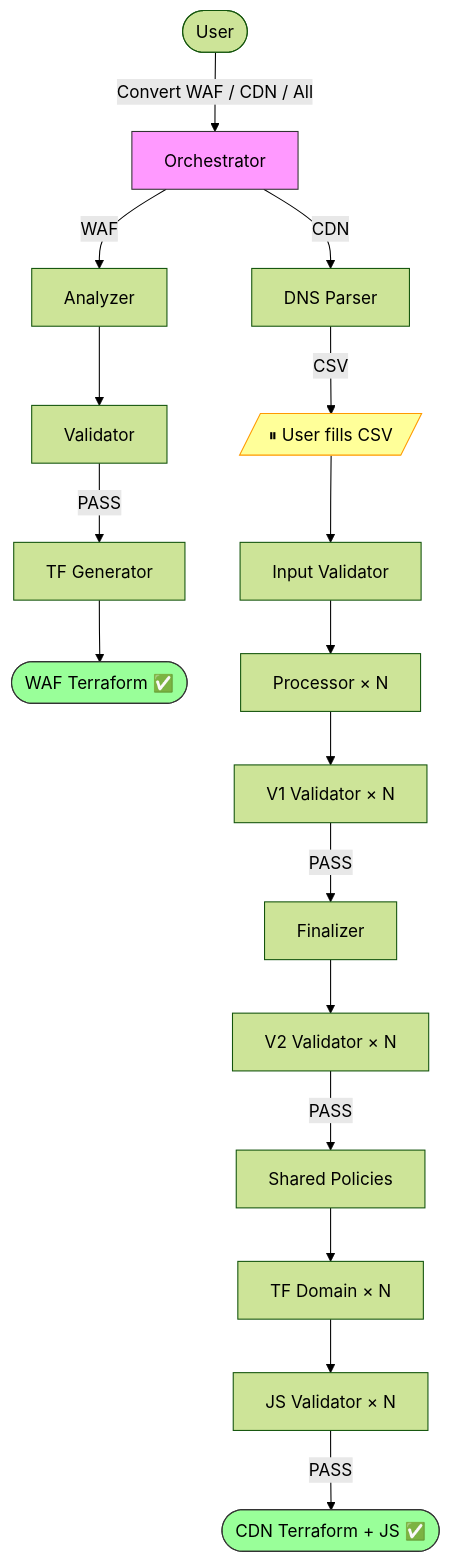
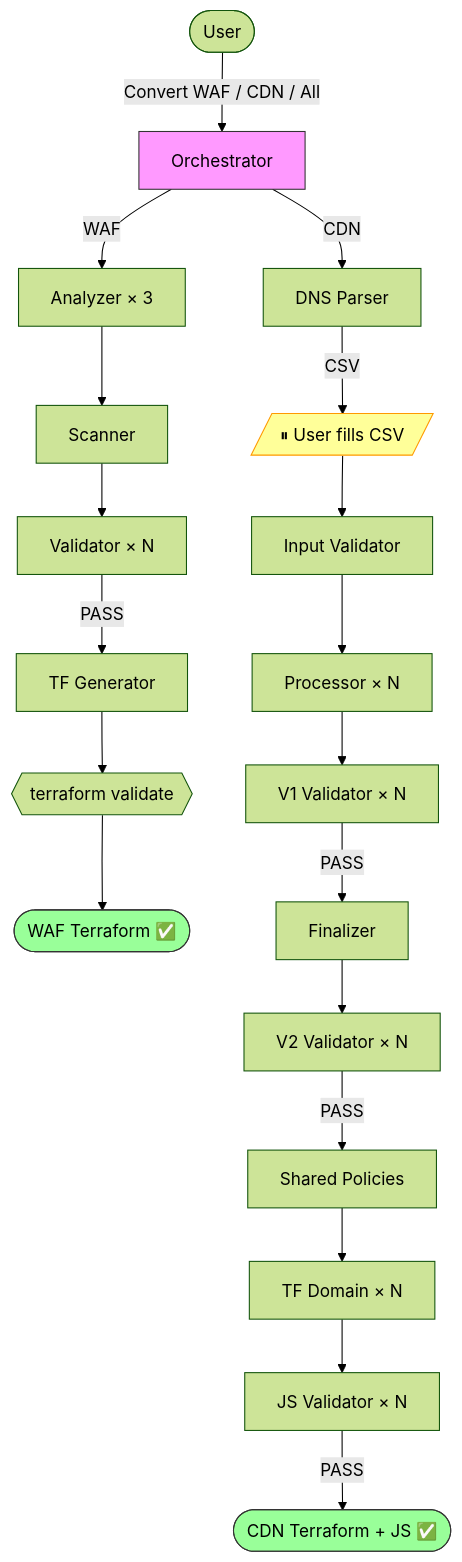
Before and after one commit to chenghit/cloudflare-aws-edge-config-converter: the diagram in README.md, drawn with Mermaid (forest theme). The commit also changed other lines of this file and 1 other file, not shown here.

Commit message:
docs: update Mermaid diagrams and WAF pipeline description for v2 architecture
WAF flow now shows: Analyzer×3 → Scanner → Validator×N → TF Generator → terraform validate
Updated both EN and CN READMEs (text description + Mermaid diagram)

````diff
--- a/README.md
+++ b/README.md
@@ -77,22 +77,22 @@
 ```mermaid
 flowchart TD
     User([User]) -->|"Convert WAF / CDN / All"| Main["Orchestrator"]
 
-    Main -->|WAF| WAF_A["Analyzer"] --> WAF_V["Validator"] -->|PASS| WAF_G["TF Generator"] --> WAF_Done([WAF Terraform ✅])
+    Main -->|WAF| WAF_A["Analyzer × 3"] --> WAF_S["Scanner"] --> WAF_V["Validator × N"] -->|PASS| WAF_G["TF Generator"] --> WAF_T{{"terraform validate"}} --> WAF_Done([WAF Terraform ✅])
 
     Main -->|CDN| CDN1["DNS Parser"] -->|CSV| Pause[/"⏸ User fills CSV"/]
     Pause --> CDN2["Input Validator"]
     CDN2 --> CDN3["Processor × N"]
     CDN3 --> CDN4["V1 Validator × N"]
     CDN4 -->|PASS| CDN5["Finalizer"]
     CDN5 --> CDN6["V2 Validator × N"]
     CDN6 -->|PASS| CDN7["Shared Policies"]
     CDN7 --> CDN8["TF Domain × N"]
     CDN8 --> CDN9["JS Validator × N"]
     CDN9 -->|PASS| CDN_Done([CDN Terraform + JS ✅])
 
     style Main fill:#f9f,stroke:#333
     style Pause fill:#ff9,stroke:#f90
     style WAF_Done fill:#9f9,stroke:#333
     style CDN_Done fill:#9f9,stroke:#333
 ```
````
